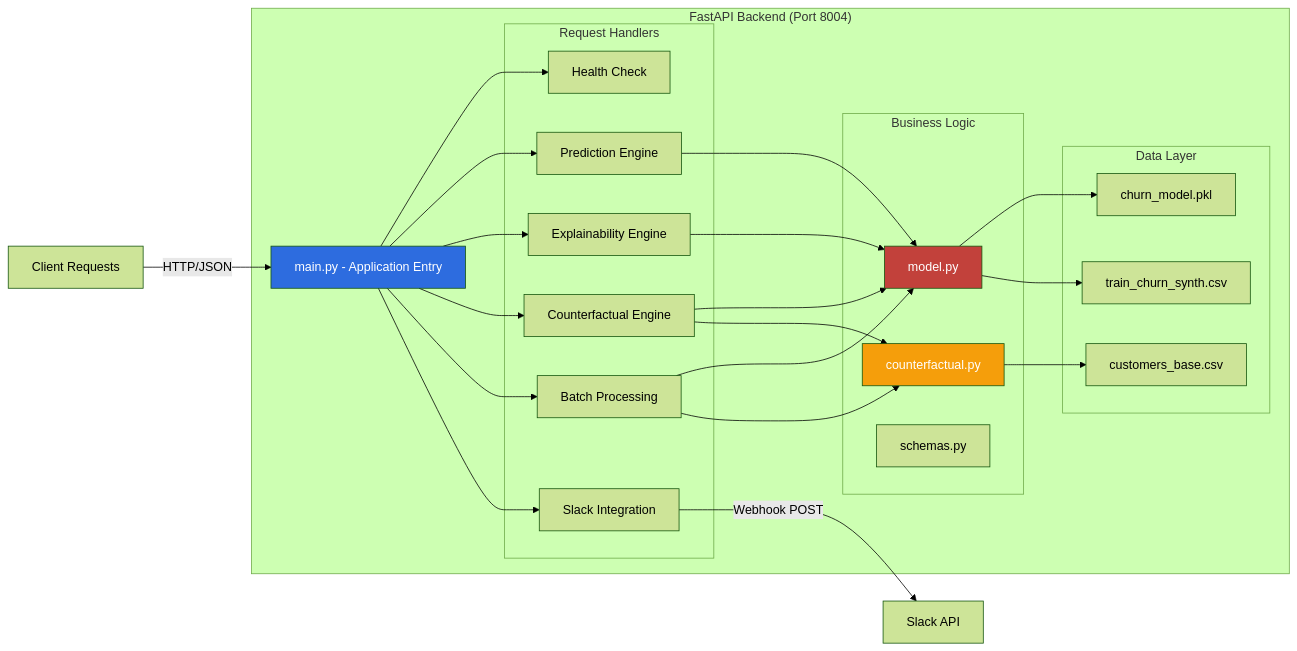
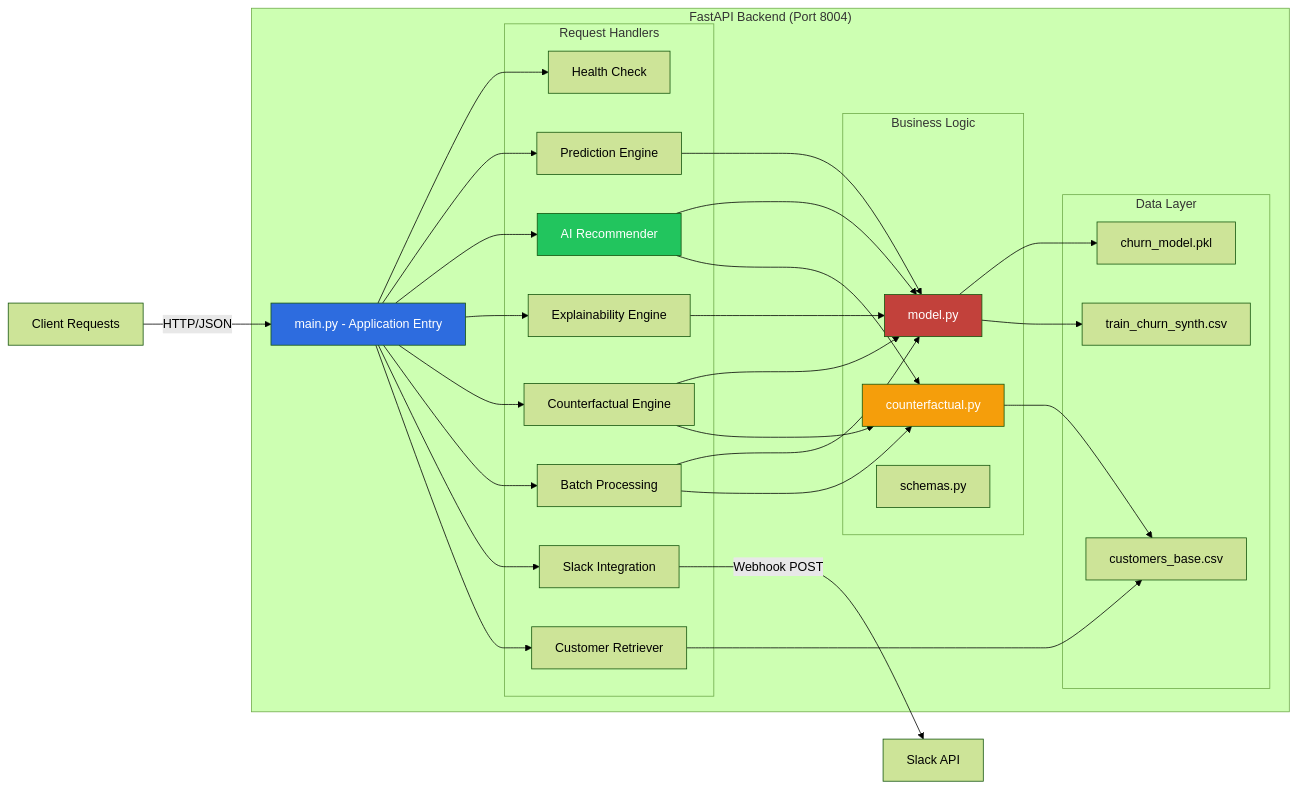
Before and after one commit to samalpartha/ccc-tableu-cloud: the second of 3 diagrams in README.md, drawn with Mermaid (forest theme). The commit also changed other lines of this file, not shown here.

Commit message:
Documentation Upgrade: Updated architecture diagrams and features for 10/10 Hackathon status

````diff
--- a/README.md
+++ b/README.md
@@ -89,53 +97,61 @@
 ```mermaid
 graph LR
     subgraph "FastAPI Backend (Port 8004)"
         MAIN[main.py - Application Entry]
         
         subgraph "Request Handlers"
             H1[Health Check]
             H2[Prediction Engine]
-            H3[Explainability Engine]
-            H4[Counterfactual Engine]
-            H5[Batch Processing]
-            H6[Slack Integration]
+            H3[AI Recommender]
+            H4[Explainability Engine]
+            H5[Counterfactual Engine]
+            H6[Batch Processing]
+            H7[Slack Integration]
+            H8[Customer Retriever]
         end
         
         subgraph "Business Logic"
             ML[model.py]
             CF[counterfactual.py]
             SC[schemas.py]
         end
         
         subgraph "Data Layer"
             CSV1[customers_base.csv]
             CSV2[train_churn_synth.csv]
             PKL[churn_model.pkl]
         end
     end
     
     CLIENT[Client Requests] -->|HTTP/JSON| MAIN
     
     MAIN --> H1
     MAIN --> H2
     MAIN --> H3
     MAIN --> H4
     MAIN --> H5
     MAIN --> H6
+    MAIN --> H7
+    MAIN --> H8
     
     H2 --> ML
     H3 --> ML
+    H3 --> CF
     H4 --> ML
-    H4 --> CF
     H5 --> ML
     H5 --> CF
+    H6 --> ML
+    H6 --> CF
+    H8 --> CSV1
     
     ML --> PKL
     ML --> CSV2
     CF --> CSV1
     
-    H6 -->|Webhook POST| SLACK[Slack API]
+    H7 -->|Webhook POST| SLACK[Slack API]
     
     style MAIN fill:#2d6cdf,color:#fff
     style ML fill:#c2413b,color:#fff
     style CF fill:#f59e0b,color:#fff
+    style H3 fill:#22c55e,color:#fff
 ```
````
